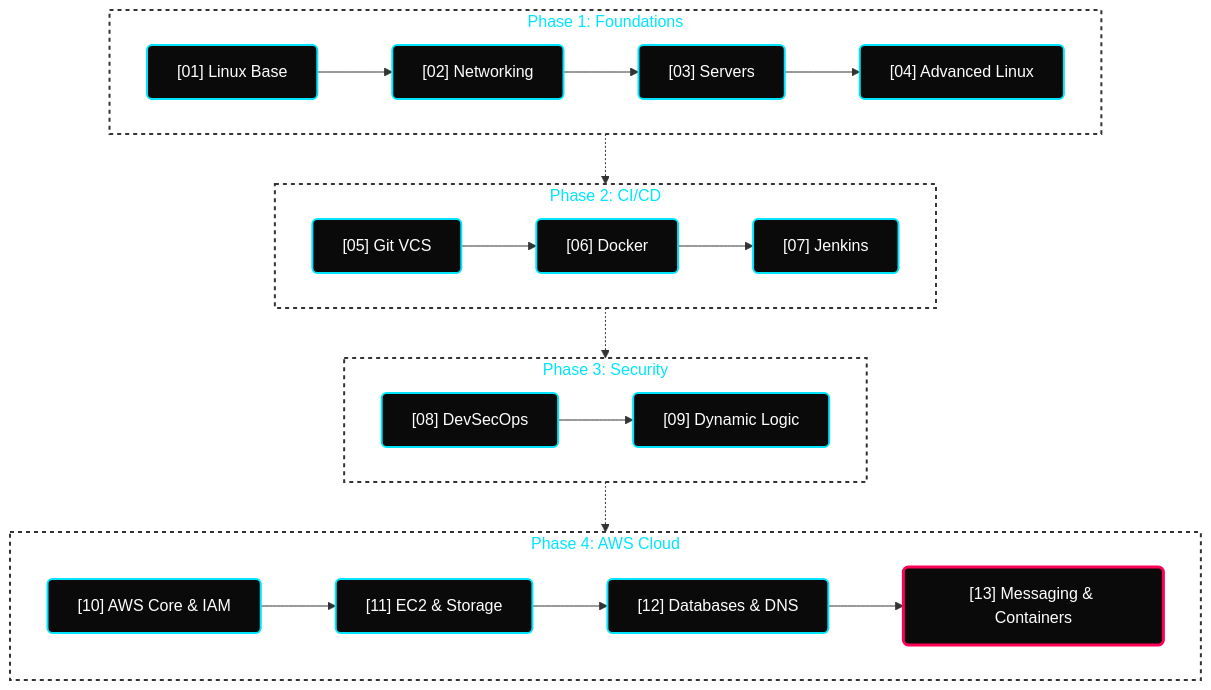
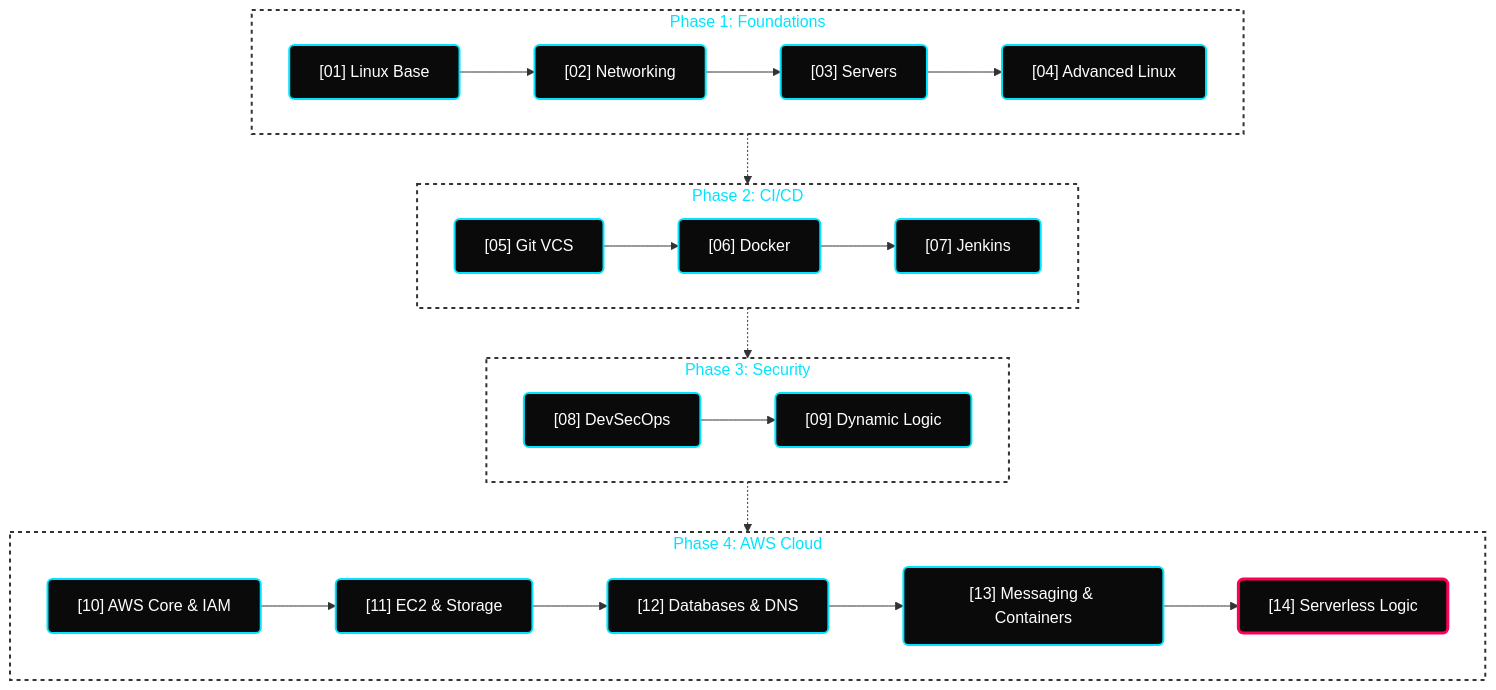
The diagram in README.md (hridyen/DevOps-Survival-Roadmap), drawn with Mermaid before and after one commit. The commit also changed other lines of this file and 13 other files, not shown here.

````diff
--- a/README.md
+++ b/README.md
@@ -91,28 +95,28 @@
 ```mermaid
 flowchart TD
     classDef default fill:#0A0A0A,stroke:#00E5FF,stroke-width:2px,color:#FFFFFF,rx:5px,ry:5px;
     classDef active fill:#0A0A0A,stroke:#FF0055,stroke-width:3px,color:#FFFFFF,rx:5px,ry:5px;
     classDef phase fill:transparent,stroke:#333333,stroke-width:2px,stroke-dasharray: 4 4,color:#00E5FF;
 
     subgraph P1 [Phase 1: Foundations]
         A["[01] Linux Base"] --> B["[02] Networking"] --> C["[03] Servers"] --> D["[04] Advanced Linux"]
     end
 
     subgraph P2 [Phase 2: CI/CD]
         E["[05] Git VCS"] --> F["[06] Docker"] --> G["[07] Jenkins"]
     end
 
     subgraph P3 [Phase 3: Security]
         H["[08] DevSecOps"] --> I["[09] Dynamic Logic"]
     end
 
     subgraph P4 [Phase 4: AWS Cloud]
-        J["[10] AWS Core & IAM"] --> K["[11] EC2 & Storage"] --> L["[12] Databases & DNS"] --> M["[13] Messaging & Containers"]:::active
+        J["[10] AWS Core & IAM"] --> K["[11] EC2 & Storage"] --> L["[12] Databases & DNS"] --> M["[13] Messaging & Containers"] --> N["[14] Serverless Logic"]:::active
     end
 
     P1 -.-> P2
     P2 -.-> P3
     P3 -.-> P4
     
     class P1,P2,P3,P4 phase;
 ```
````
